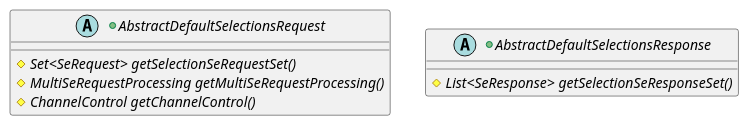
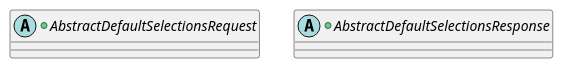
Diagram 33 of 42 in src/KeypleCoreApi/ApplicationApi/puml/KeypleCore-ApplicationApi-ClassDiag-SE_Proxy-ClassElements.iuml (calypsonet/keyple), drawn with PlantUML before and after one commit. The commit also changed other lines of this file and 36 other files, not shown here.

```diff
--- a/src/KeypleCoreApi/ApplicationApi/puml/KeypleCore-ApplicationApi-ClassDiag-SE_Proxy-ClassElements.iuml
+++ b/src/KeypleCoreApi/ApplicationApi/puml/KeypleCore-ApplicationApi-ClassDiag-SE_Proxy-ClassElements.iuml
@@ -365,11 +391,7 @@
-@startuml(id=SEPROXY_DEFAULTSELECTION_0_8)
+@startuml(id=SEPROXY_DEFAULTSELECTION_PUB)
 +abstract AbstractDefaultSelectionsRequest {
-  {abstract} #Set<SeRequest> getSelectionSeRequestSet()
-  {abstract} #MultiSeRequestProcessing getMultiSeRequestProcessing()
-  {abstract} #ChannelControl getChannelControl()
 }
 
 +abstract AbstractDefaultSelectionsResponse {
-  {abstract} #List<SeResponse> getSelectionSeResponseSet()
 }
 @enduml
```
